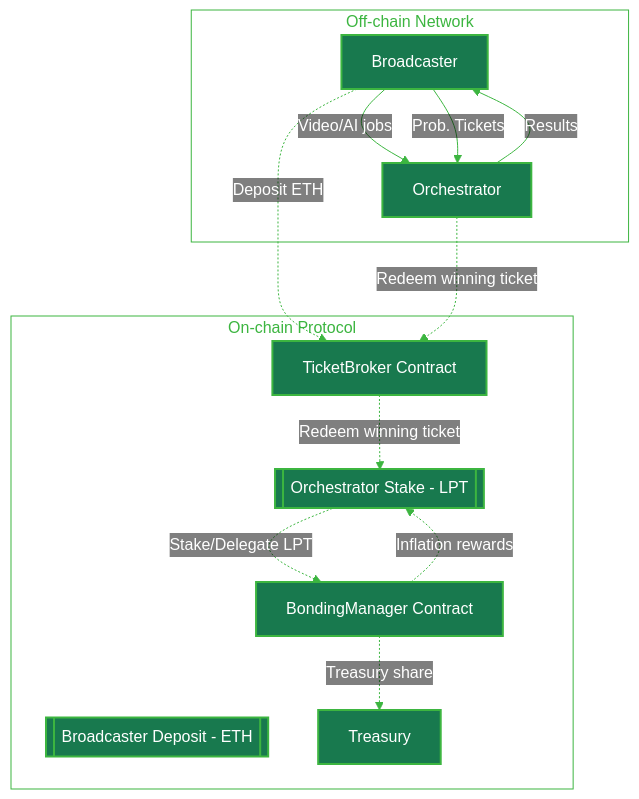
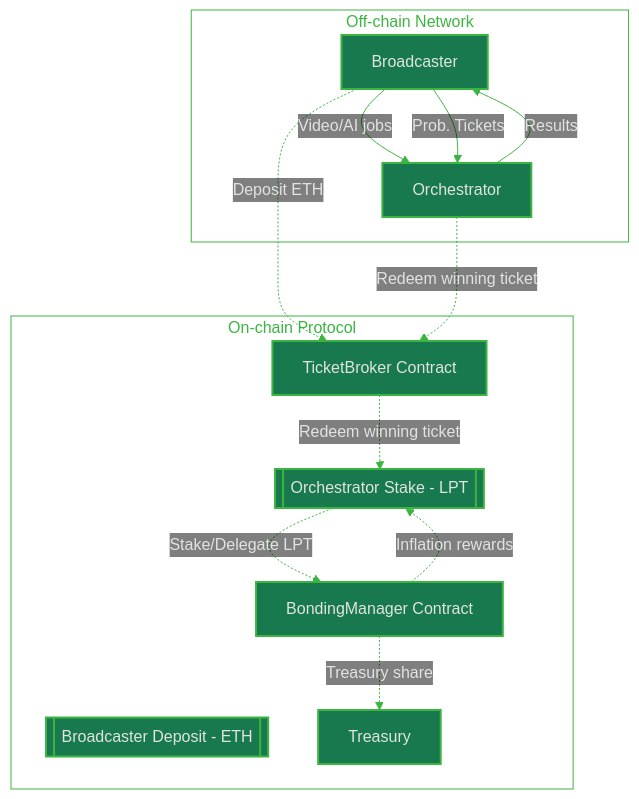
Before and after one commit to livepeer/docs: the second of 7 diagrams in v2/about/concepts/livepeer-stack.mdx, drawn with Mermaid. The commit also changed other lines of this file and 73 other files, not shown here.

````diff
--- a/v2/about/concepts/livepeer-stack.mdx
+++ b/v2/about/concepts/livepeer-stack.mdx
@@ -189,23 +193,23 @@
 ```mermaid
-%%{init: {'theme': 'base', 'themeVariables': {'primaryColor': '#18794E', 'primaryTextColor': '#fff', 'primaryBorderColor': '#3CB540', 'lineColor': '#3CB540', 'mainBkg': '#18794E', 'nodeBorder': '#3CB540', 'clusterBkg': 'transparent', 'clusterBorder': '#3CB540', 'titleColor': '#3CB540', 'edgeLabelBackground': 'transparent', 'textColor': '#3CB540', 'nodeTextColor': '#fff'}}}%%
+%%{init: {'theme': 'base', 'themeVariables': {'primaryColor': '#18794E', 'primaryTextColor': '#E0E4E0', 'primaryBorderColor': '#3CB540', 'lineColor': '#3CB540', 'mainBkg': '#18794E', 'nodeBorder': '#3CB540', 'clusterBkg': 'transparent', 'clusterBorder': '#3CB540', 'titleColor': '#3CB540', 'edgeLabelBackground': 'transparent', 'textColor': '#3CB540', 'nodeTextColor': '#fff'}}}%%
 flowchart TD
     classDef default stroke-width:2px
     subgraph OffChain["Off-chain Network"]
         B[Broadcaster] -->|Video/AI jobs| O[Orchestrator]
         O -->|Results| B
         B -->|Prob. Tickets| O
     end
     subgraph OnChain["On-chain Protocol"]
         BDeposit[[Broadcaster Deposit - ETH]]
         OStake[[Orchestrator Stake - LPT]]
         TicketBroker[TicketBroker Contract]
         BondingManager[BondingManager Contract]
         Treasury[Treasury]
     end
     B -.->|Deposit ETH| TicketBroker
     OStake -.->|Stake/Delegate LPT| BondingManager
     TicketBroker -.->|Redeem winning ticket| OStake
     BondingManager -.->|Inflation rewards| OStake
     BondingManager -.->|Treasury share| Treasury
     O -.->|Redeem winning ticket| TicketBroker
 ```
````
